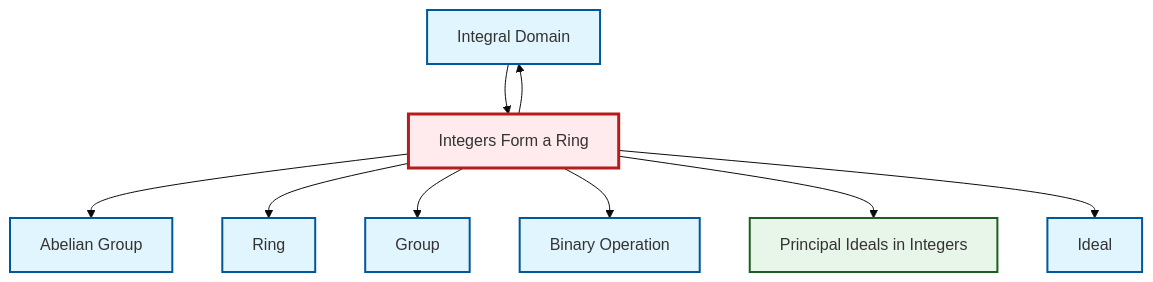
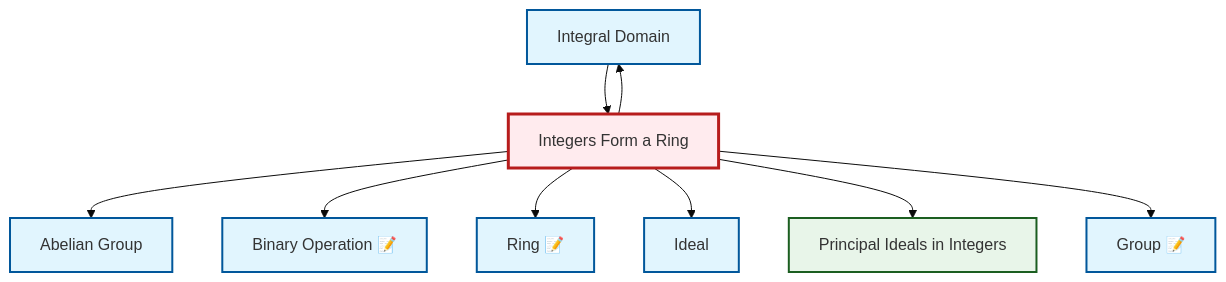
One commit to RK0429/ModernMath changed the diagram in output/mermaid/en/ex-integers-ring.mermaid. Above: the diagram before and after it, drawn with Mermaid (base theme). The commit also changed 1779 other files, not shown here.

```diff
--- a/output/mermaid/en/ex-integers-ring.mermaid
+++ b/output/mermaid/en/ex-integers-ring.mermaid
@@ -1,23 +1,23 @@
 graph TD
     classDef definition fill:#e1f5fe,stroke:#01579b,stroke-width:2px
     classDef theorem fill:#f3e5f5,stroke:#4a148c,stroke-width:2px
     classDef axiom fill:#fff3e0,stroke:#e65100,stroke-width:2px
     classDef example fill:#e8f5e9,stroke:#1b5e20,stroke-width:2px
     classDef current fill:#ffebee,stroke:#b71c1c,stroke-width:3px
+    def-group["Group 📝"]:::definition
+    def-integral-domain["Integral Domain"]:::definition
     ex-principal-ideal["Principal Ideals in Integers"]:::example
-    def-group["Group"]:::definition
-    def-ring["Ring"]:::definition
-    def-binary-operation["Binary Operation"]:::definition
+    def-ideal["Ideal"]:::definition
+    def-ring["Ring 📝"]:::definition
     def-abelian-group["Abelian Group"]:::definition
-    def-ideal["Ideal"]:::definition
-    def-integral-domain["Integral Domain"]:::definition
     ex-integers-ring["Integers Form a Ring"]:::example
+    def-binary-operation["Binary Operation 📝"]:::definition
     ex-integers-ring --> def-abelian-group
+    ex-integers-ring --> def-binary-operation
+    ex-integers-ring --> def-ring
+    ex-integers-ring --> def-ideal
     def-integral-domain --> ex-integers-ring
-    ex-integers-ring --> def-ring
+    ex-integers-ring --> ex-principal-ideal
     ex-integers-ring --> def-group
-    ex-integers-ring --> def-binary-operation
-    ex-integers-ring --> ex-principal-ideal
     ex-integers-ring --> def-integral-domain
-    ex-integers-ring --> def-ideal
     class ex-integers-ring current
```
